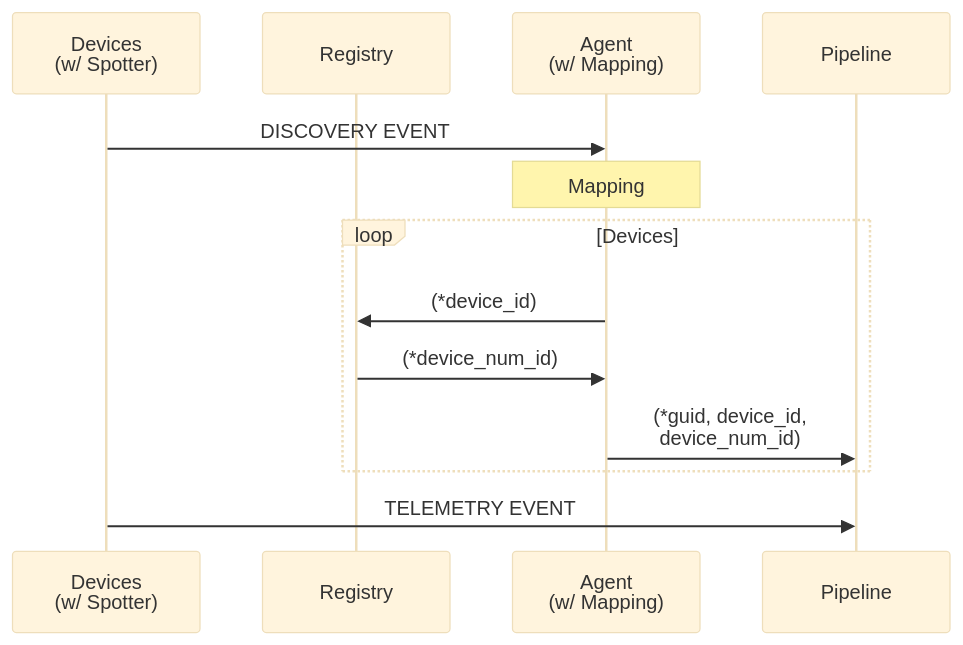
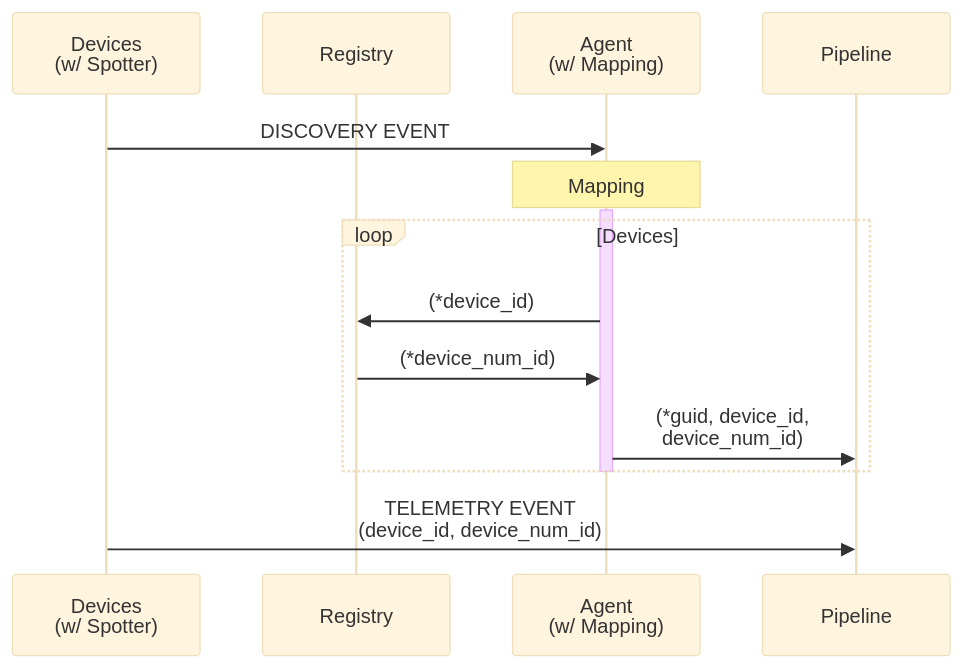
The diagram in docs/specs/provisioning.md (faucetsdn/udmi), drawn with Mermaid (base theme) before and after one commit.

Commit message:
Activate deactive

````diff
--- a/docs/specs/provisioning.md
+++ b/docs/specs/provisioning.md
@@ -13,16 +13,18 @@
 ```mermaid
 sequenceDiagram
   %%{wrap}%%
   participant Devices as Devices<br/>(w/ Spotter)
   participant Registry
   participant Agent as Agent<br/>(w/ Mapping)
   participant Pipeline
   Devices->>Agent: DISCOVERY EVENT
   Note over Agent: Mapping
+  activate Agent
   loop Devices
     Agent->>Registry: (*device_id)
     Registry->>Agent: (*device_num_id)
     Agent->>Pipeline: (*guid, device_id, device_num_id)
   end
-  Devices->>Pipeline: TELEMETRY EVENT
+  deactivate Agent
+  Devices->>Pipeline: TELEMETRY EVENT<br/>(device_id, device_num_id)
 ```
````
